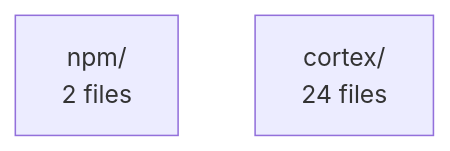
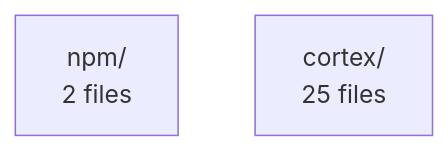
One commit to kovalenko-tech/cortex changed the diagram in .claude/docs/SUMMARY.md. Above: the diagram before and after it, drawn with Mermaid. The commit also changed other lines of this file and 32 other files, not shown here.

````diff
--- a/.claude/docs/SUMMARY.md
+++ b/.claude/docs/SUMMARY.md
@@ -12,5 +12,5 @@
 ```mermaid
 graph TD
     npm["npm/\n2 files"]
-    cortex["cortex/\n24 files"]
+    cortex["cortex/\n25 files"]
 ```
````
